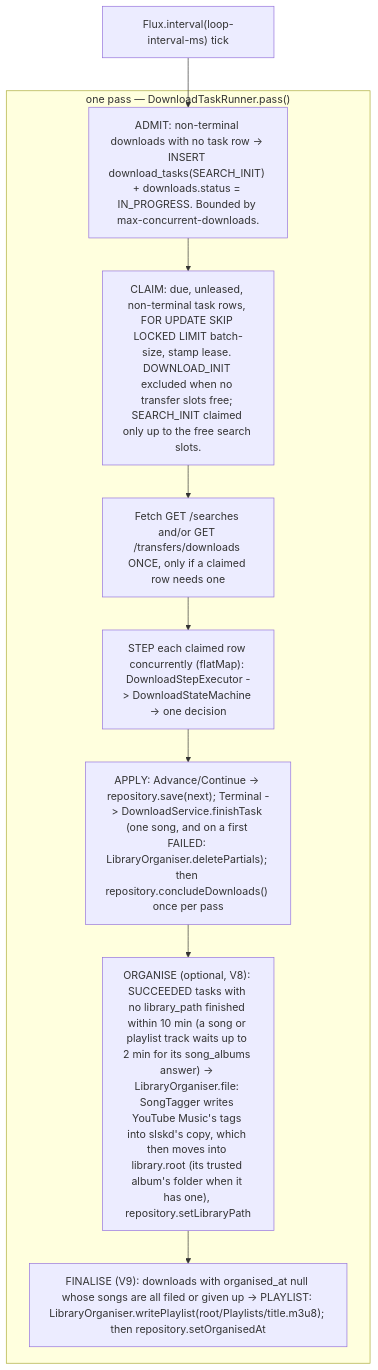
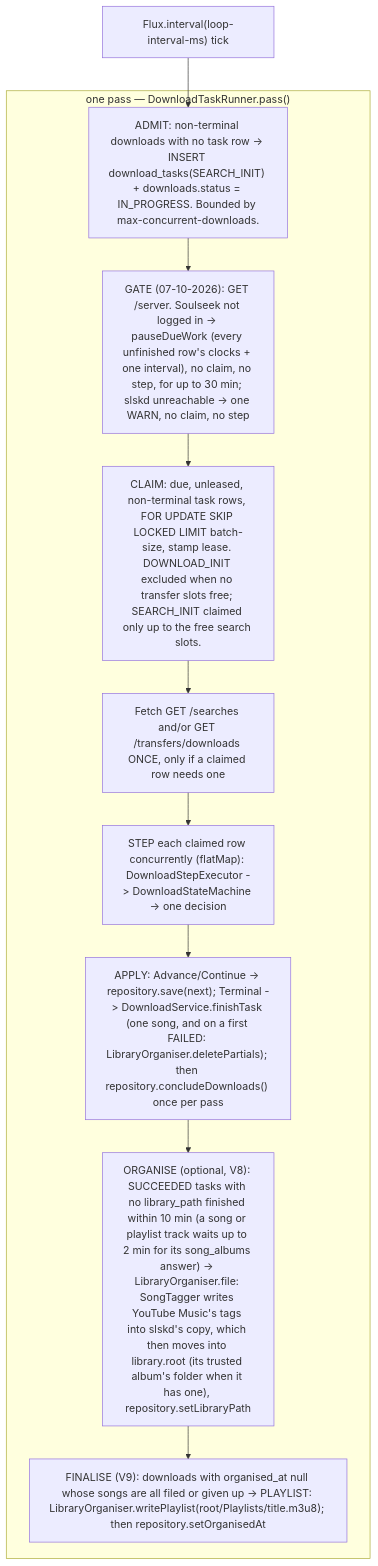
Before and after one commit to catacomb5099/naviseerr: the diagram in docs/architecture/download-manager.md, drawn with Mermaid. The commit also changed other lines of this file and 6 other files, not shown here.

````diff
--- a/docs/architecture/download-manager.md
+++ b/docs/architecture/download-manager.md
@@ -18,13 +18,14 @@
 ```mermaid
 flowchart TD
     tick["Flux.interval(loop-interval-ms) tick"] --> admit
     subgraph pass ["one pass — DownloadTaskRunner.pass()"]
       admit["ADMIT: non-terminal downloads with no task row -> INSERT download_tasks(SEARCH_INIT) + downloads.status = IN_PROGRESS. Bounded by max-concurrent-downloads."]
-      admit --> claim["CLAIM: due, unleased, non-terminal task rows, FOR UPDATE SKIP LOCKED LIMIT batch-size, stamp lease. DOWNLOAD_INIT excluded when no transfer slots free; SEARCH_INIT claimed only up to the free search slots."]
+      admit --> gate["GATE (07-10-2026): GET /server. Soulseek not logged in -> pauseDueWork (every unfinished row's clocks + one interval), no claim, no step, for up to 30 min; slskd unreachable -> one WARN, no claim, no step"]
+      gate --> claim["CLAIM: due, unleased, non-terminal task rows, FOR UPDATE SKIP LOCKED LIMIT batch-size, stamp lease. DOWNLOAD_INIT excluded when no transfer slots free; SEARCH_INIT claimed only up to the free search slots."]
       claim --> fetch["Fetch GET /searches and/or GET /transfers/downloads ONCE, only if a claimed row needs one"]
       fetch --> step["STEP each claimed row concurrently (flatMap): DownloadStepExecutor -> DownloadStateMachine -> one decision"]
       step --> apply["APPLY: Advance/Continue -> repository.save(next); Terminal -> DownloadService.finishTask (one song, and on a first FAILED: LibraryOrganiser.deletePartials); then repository.concludeDownloads() once per pass"]
       apply --> organise["ORGANISE (optional, V8): SUCCEEDED tasks with no library_path finished within 10 min (a song or playlist track waits up to 2 min for its song_albums answer) -> LibraryOrganiser.file: SongTagger writes YouTube Music's tags into slskd's copy, which then moves into library.root (its trusted album's folder when it has one), repository.setLibraryPath"]
       organise --> finalise["FINALISE (V9): downloads with organised_at null whose songs are all filed or given up -> PLAYLIST: LibraryOrganiser.writePlaylist(root/Playlists/title.m3u8); then repository.setOrganisedAt"]
     end
 ```
````
